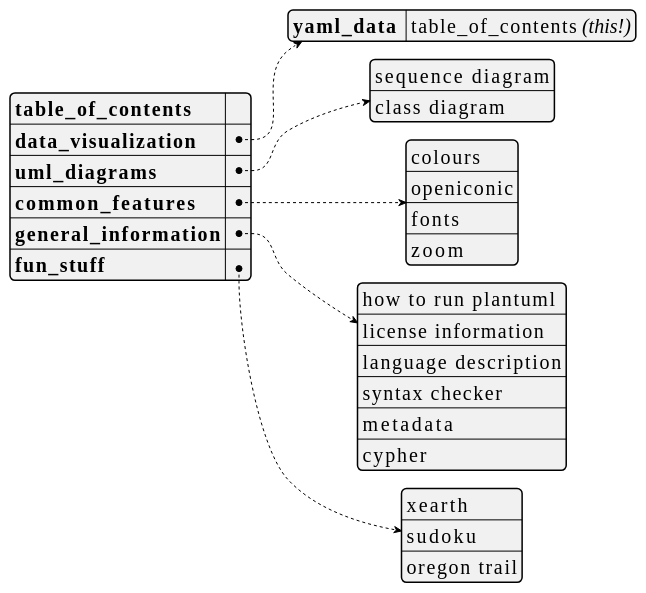
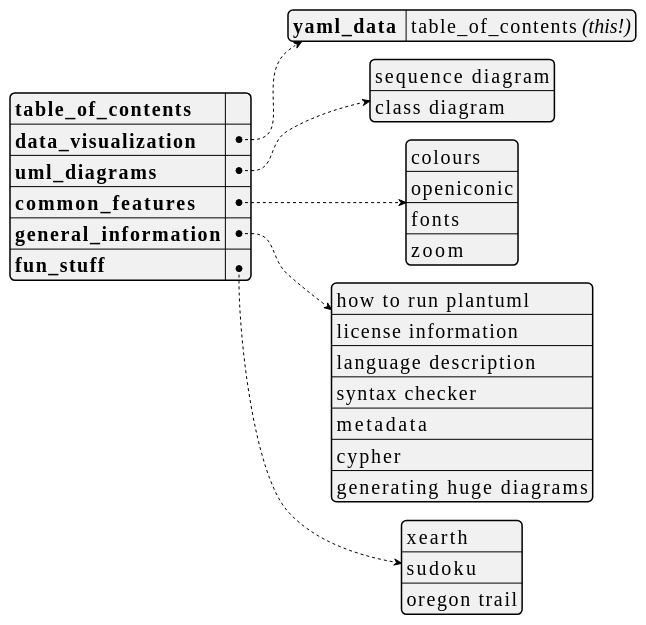
Before and after one commit to dragondive/heavens-arena: the first of 18 diagrams in plantuml_demo.md, drawn with PlantUML. The commit also changed other lines of this file, not shown here.

Commit message:
added info: generating huge diagrams

````diff
--- a/plantuml_demo.md
+++ b/plantuml_demo.md
@@ -26,45 +26,46 @@
 ```plantuml
 @startyaml
 <style>
 yamlDiagram {
     node {
         ' use a constant width font because that's what developers do.
         FontName Consolas
         FontSize 20
     }
 }
 </style>
 
 /'TODO:
 It would be cool to hyperlink the entries in the table_of_contents to the
 respective section in the document. Not only would it further accentuate the
 [Medium Awareness](https://tvtropes.org/pmwiki/pmwiki.php/Main/MediumAwareness)
 of this yaml document, but also augment the
 [Anachronic Order](https://tvtropes.org/pmwiki/pmwiki.php/Main/AnachronicOrder)
 of the outer markdown document.
 '/
 
 **table_of_contents**: ""  /' workaround: empty string here to avoid dummy link '/
 data_visualization:
     yaml_data : table_of_contents //(this!)//
 uml_diagrams:
     - sequence diagram
     - class diagram
 common_features:
     - colours
     - openiconic
     - fonts
     - zoom
 general_information:
     - how to run plantuml
     - license information
     - language description
     - syntax checker
     - metadata
     - cypher
+    - generating huge diagrams
 fun_stuff:
     - xearth
     - sudoku
     - oregon trail
 @endyaml
 ```
````
